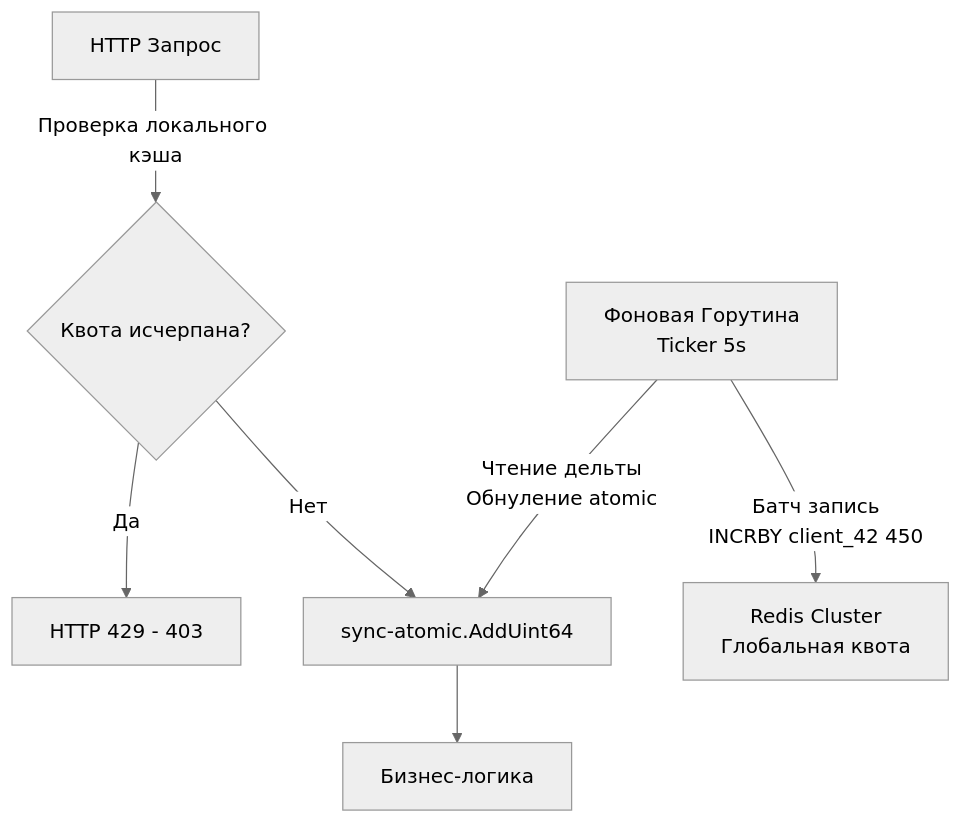
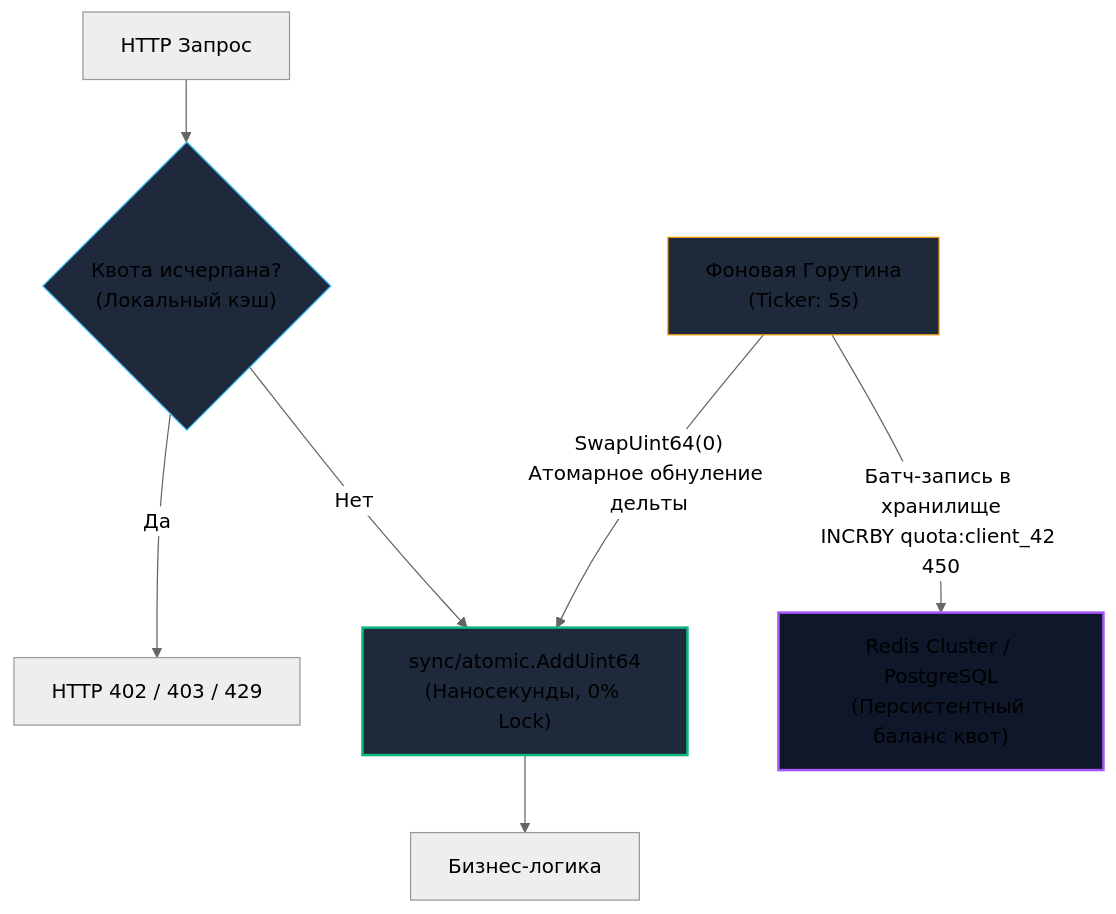
One commit to UnrealTemplier/go-textbook changed the second of 2 diagrams in sources/10. Проектирование API и Сетевые протоколы/30. API rate limiting и quotas.md. Above: the diagram before and after it, drawn with Mermaid (neutral theme). The commit also changed other lines of this file, not shown here.

````diff
--- a/sources/10. Проектирование API и Сетевые протоколы/30. API rate limiting и quotas.md
+++ b/sources/10. Проектирование API и Сетевые протоколы/30. API rate limiting и quotas.md
@@ -59,10 +106,15 @@
 ```mermaid
 flowchart TD
-    Req["HTTP Запрос"] -->|"Проверка локального кэша"| LocalCheck{"Квота исчерпана?"}
-    LocalCheck -->|Да| Reject["HTTP 429 - 403"]
-    LocalCheck -->|Нет| AtomicInc["sync-atomic.AddUint64"]
+    Req["HTTP Запрос"] --> LocalCheck{"Квота исчерпана?<br>(Локальный кэш)"}
+    LocalCheck -->|Да| Reject["HTTP 402 / 403 / 429"]
+    LocalCheck -->|Нет| AtomicInc["sync/atomic.AddUint64<br>(Наносекунды, 0% Lock)"]
     AtomicInc --> Handler["Бизнес-логика"]
 
-    Flusher["Фоновая Горутина<br>Ticker 5s"] -->|"Чтение дельты<br>Обнуление atomic"| AtomicInc
-    Flusher -->|"Батч запись<br>INCRBY client_42 450"| Redis["Redis Cluster<br>Глобальная квота"]
+    Flusher["Фоновая Горутина<br>(Ticker: 5s)"] -->|"SwapUint64(0)<br>Атомарное обнуление дельты"| AtomicInc
+    Flusher -->|"Батч-запись в хранилище<br>INCRBY quota:client_42 450"| Redis["Redis Cluster / PostgreSQL<br>(Персистентный баланс квот)"]
+
+    style LocalCheck fill:#1e293b,stroke:#38bdf8,stroke-width:1px
+    style AtomicInc fill:#1e293b,stroke:#10b981,stroke-width:2px
+    style Flusher fill:#1e293b,stroke:#f59e0b,stroke-width:1px
+    style Redis fill:#0f172a,stroke:#a855f7,stroke-width:2px
 ```
````
